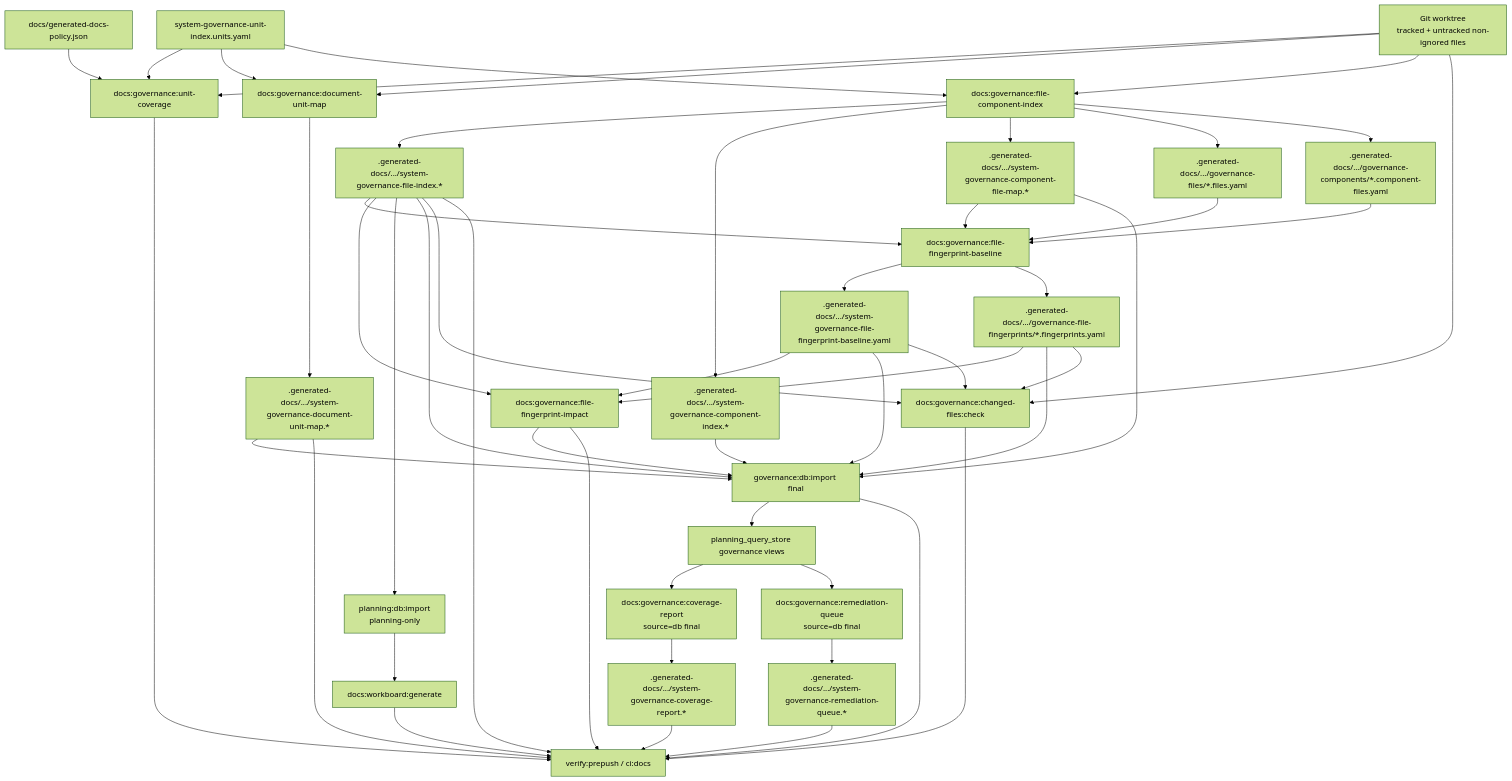
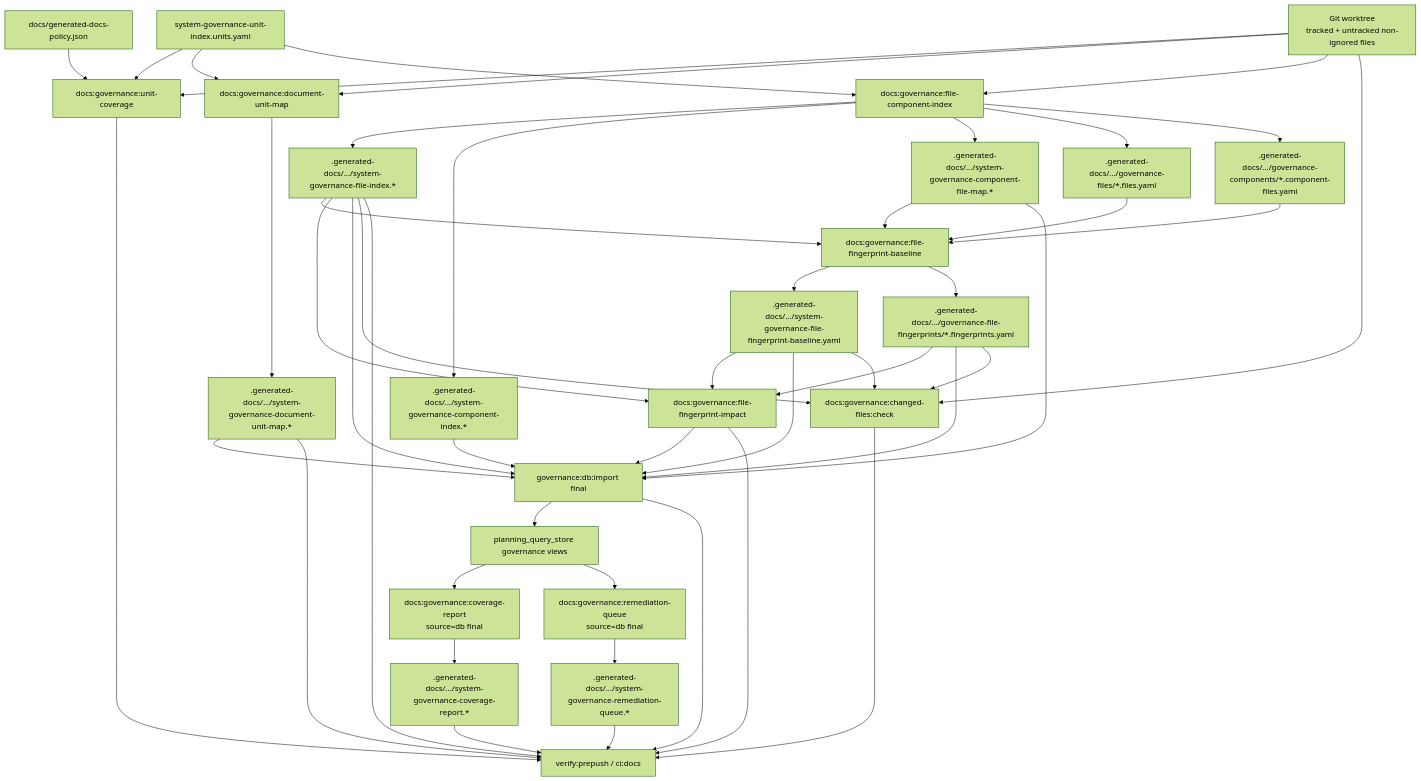
Before and after one commit to dunay2/dvt: the diagram in docs/architecture/components/ci-governance/system-governance-generation-workflow-component.md, drawn with Mermaid (forest theme). The commit also changed other lines of this file and 20 other files, not shown here.

````diff
--- a/docs/architecture/components/ci-governance/system-governance-generation-workflow-component.md
+++ b/docs/architecture/components/ci-governance/system-governance-generation-workflow-component.md
@@ -78,68 +78,64 @@
 ```mermaid
 flowchart TD
   Worktree["Git worktree\ntracked + untracked non-ignored files"]
   UnitManifest["system-governance-unit-index.units.yaml"]
   GeneratedPolicy["docs/generated-docs-policy.json"]
   UnitCoverage["docs:governance:unit-coverage"]
   DocumentMap["docs:governance:document-unit-map"]
   FileComponent["docs:governance:file-component-index"]
   Fingerprint["docs:governance:file-fingerprint-baseline"]
   FingerprintImpact["docs:governance:file-fingerprint-impact"]
   GovernanceImport["governance:db:import final"]
   QueryStore["planning_query_store governance views"]
   Coverage["docs:governance:coverage-report\nsource=db final"]
   Remediation["docs:governance:remediation-queue\nsource=db final"]
-  Workboard["docs:workboard:generate"]
   ChangedFiles["docs:governance:changed-files:check"]
   Prepush["verify:prepush / ci:docs"]
 
   Worktree --> UnitCoverage
   UnitManifest --> UnitCoverage
   GeneratedPolicy --> UnitCoverage
   UnitManifest --> DocumentMap
   Worktree --> DocumentMap
   UnitManifest --> FileComponent
   Worktree --> FileComponent
   FileComponent --> FileIndex[".generated-docs/.../system-governance-file-index.*"]
   FileComponent --> ComponentIndex[".generated-docs/.../system-governance-component-index.*"]
   FileComponent --> ComponentMap[".generated-docs/.../system-governance-component-file-map.*"]
   FileComponent --> FileShards[".generated-docs/.../governance-files/*.files.yaml"]
   FileComponent --> ComponentShards[".generated-docs/.../governance-components/*.component-files.yaml"]
   DocumentMap --> DocumentMapOutputs[".generated-docs/.../system-governance-document-unit-map.*"]
   FileIndex --> Fingerprint
   FileShards --> Fingerprint
   ComponentMap --> Fingerprint
   ComponentShards --> Fingerprint
   Fingerprint --> FingerprintBaseline[".generated-docs/.../system-governance-file-fingerprint-baseline.yaml"]
   Fingerprint --> FingerprintShards[".generated-docs/.../governance-file-fingerprints/*.fingerprints.yaml"]
   FingerprintBaseline --> FingerprintImpact
   FingerprintShards --> FingerprintImpact
   FileIndex --> FingerprintImpact
-  FileIndex --> Import["planning:db:import\nplanning-only"]
-  Import --> Workboard
   ComponentIndex --> GovernanceImport
   ComponentMap --> GovernanceImport
   DocumentMapOutputs --> GovernanceImport
   FingerprintBaseline --> GovernanceImport
   FingerprintShards --> GovernanceImport
   FingerprintImpact --> GovernanceImport
   FileIndex --> GovernanceImport
   GovernanceImport --> QueryStore
   QueryStore --> Coverage
   Coverage --> CoverageOutputs[".generated-docs/.../system-governance-coverage-report.*"]
   QueryStore --> Remediation
   Remediation --> RemediationOutputs[".generated-docs/.../system-governance-remediation-queue.*"]
   FileIndex --> ChangedFiles
   FingerprintBaseline --> ChangedFiles
   FingerprintShards --> ChangedFiles
   Worktree --> ChangedFiles
   UnitCoverage --> Prepush
-  Workboard --> Prepush
   DocumentMapOutputs --> Prepush
   FileIndex --> Prepush
   FingerprintImpact --> Prepush
   CoverageOutputs --> Prepush
   RemediationOutputs --> Prepush
   GovernanceImport --> Prepush
   ChangedFiles --> Prepush
 ```
````
